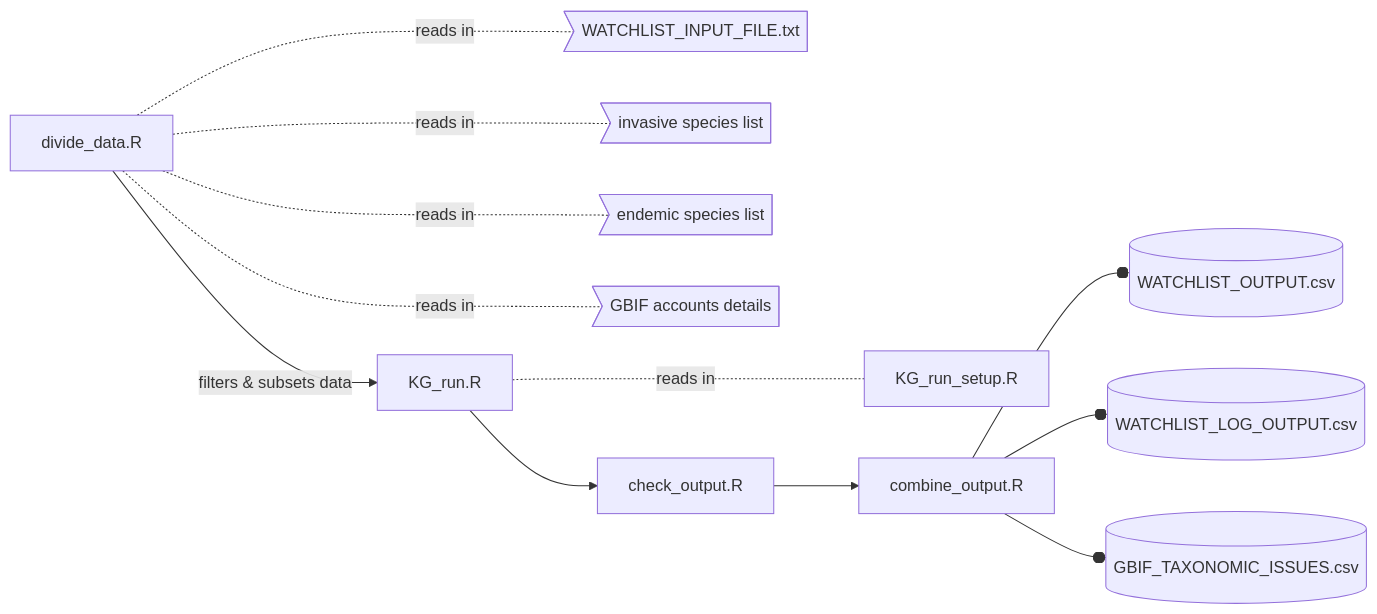
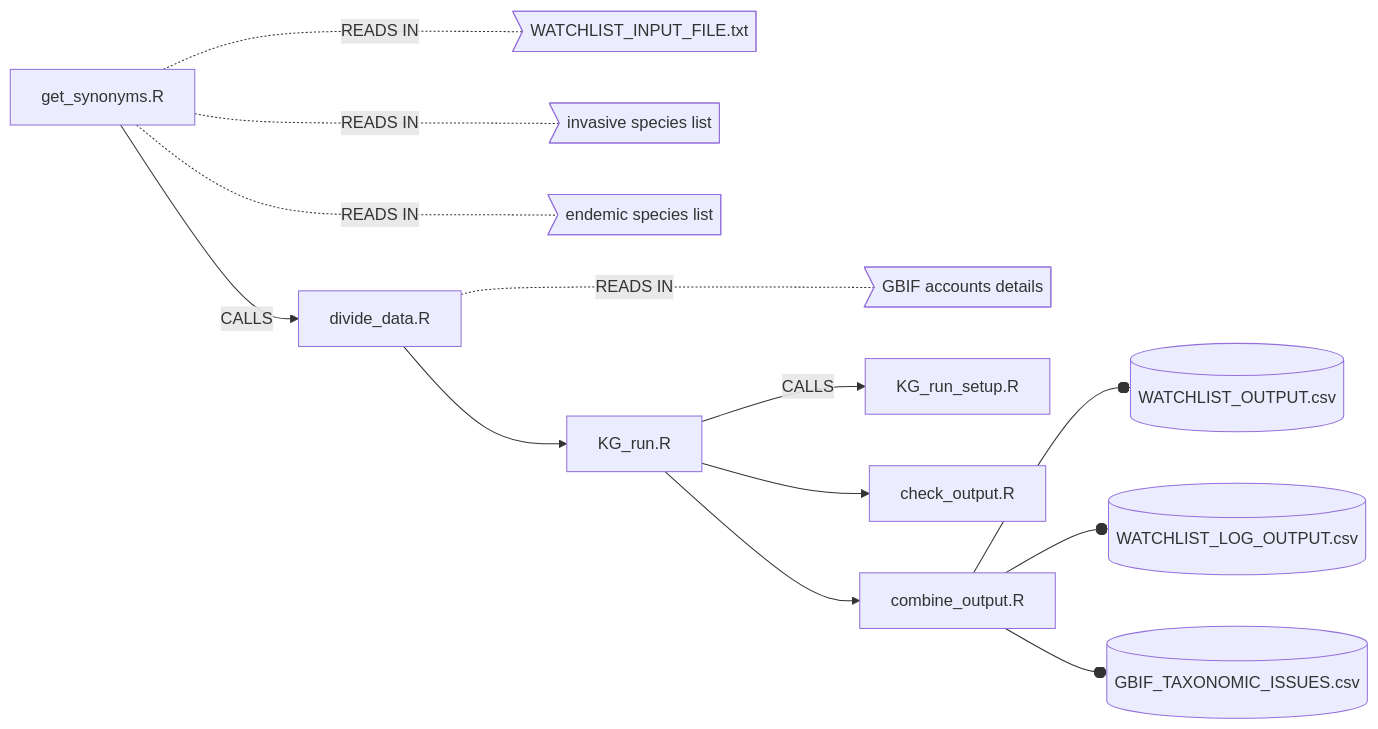
The diagram in README.md (clarkevansteenderen/KG_watchlist_parallel), drawn with Mermaid before and after one commit. The commit also changed other lines of this file, not shown here.

````diff
--- a/README.md
+++ b/README.md
@@ -36,9 +36,10 @@
 ```mermaid
   graph LR;
-      A[divide_data.R] --> |filters & subsets data| B[KG_run.R]
-      A -..- |reads in| C>WATCHLIST_INPUT_FILE.txt] & D>invasive species list] & E>endemic species list] & F>GBIF accounts details]
-      B --> G[check_output.R]
-      B -..- |reads in| H[KG_run_setup.R]
-      G --> J[combine_output.R]
-      J --o K[(WATCHLIST_OUTPUT.csv)] & L[(WATCHLIST_LOG_OUTPUT.csv)] & M[(GBIF_TAXONOMIC_ISSUES.csv)]
+      A[get_synonyms.R] --> |CALLS| B[divide_data.R]
+      A -..- |READS IN| C>WATCHLIST_INPUT_FILE.txt] & D>invasive species list] & E>endemic species list] 
+      B -..- |READS IN| F>GBIF accounts details]
+      B --> G[KG_run.R]
+      G --> |CALLS| H[KG_run_setup.R]
+      G --> I[check_output.R] & J[combine_output.R]
+      J--o K[(WATCHLIST_OUTPUT.csv)] & L[(WATCHLIST_LOG_OUTPUT.csv)] & M[(GBIF_TAXONOMIC_ISSUES.csv)]
 ```
````
